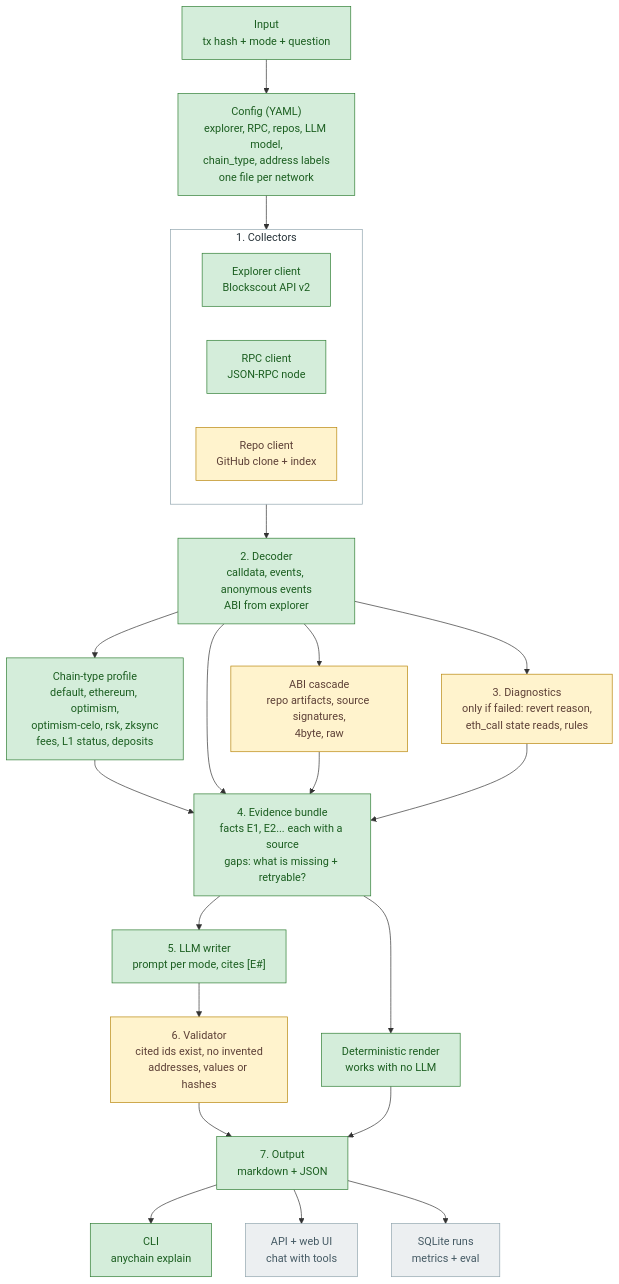
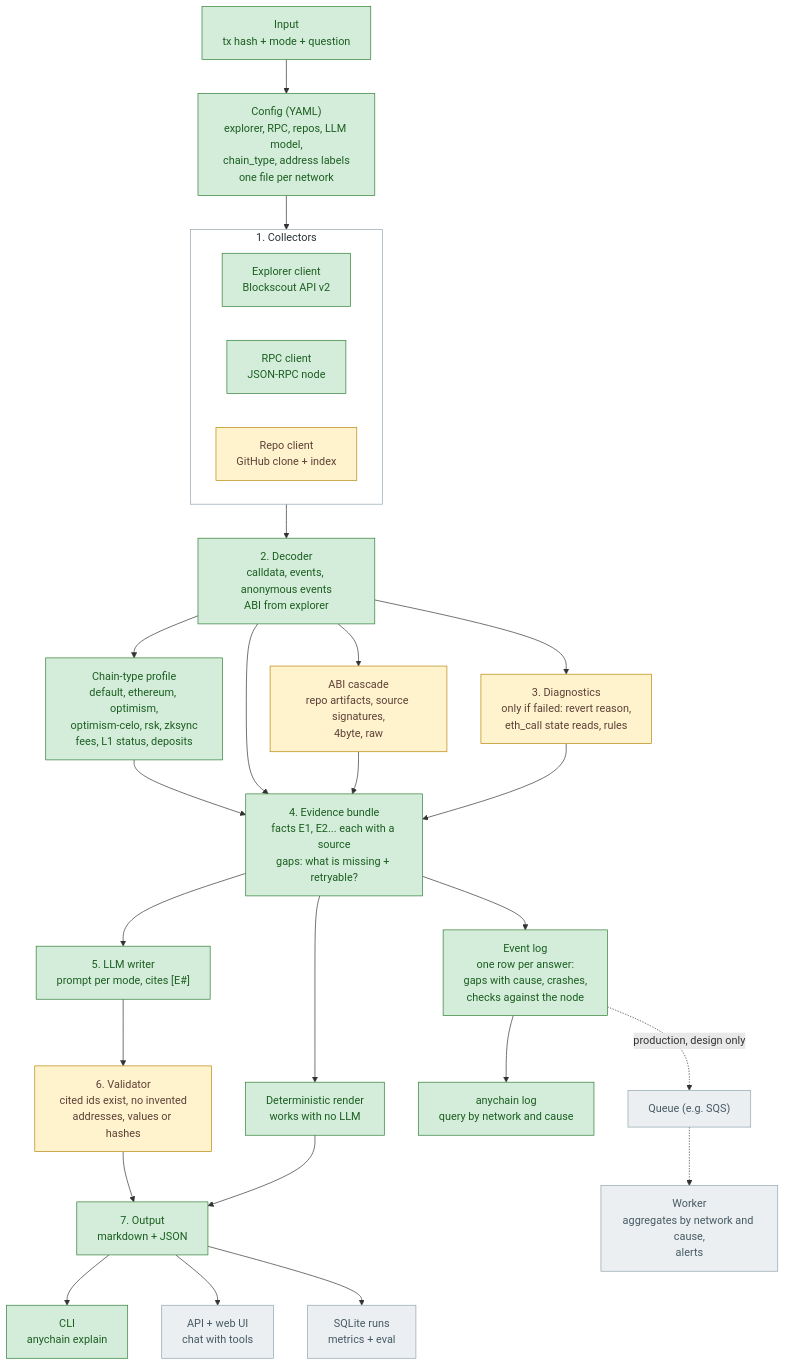
The first of 5 diagrams in docs/ARCHITECTURE.md (Ebaoj/anychain), drawn with Mermaid before and after one commit. The commit also changed other lines of this file and 42 other files, not shown here.

First line of the commit message:
Event log with a cause on every gap; zkSync L1 status confirmed by the node, never asserted from the explorer

````diff
--- a/docs/ARCHITECTURE.md
+++ b/docs/ARCHITECTURE.md
@@ -20,42 +20,46 @@
 ```mermaid
 flowchart TD
     IN["Input<br/>tx hash + mode + question"] --> CFG
 
     CFG["Config (YAML)<br/>explorer, RPC, repos, LLM model,<br/>chain_type, address labels<br/>one file per network"]
 
     CFG --> COL
     subgraph COL["1. Collectors"]
         EXP["Explorer client<br/>Blockscout API v2"]
         RPC["RPC client<br/>JSON-RPC node"]
         REPO["Repo client<br/>GitHub clone + index"]
     end
 
     COL --> DEC["2. Decoder<br/>calldata, events, anonymous events<br/>ABI from explorer"]
     DEC --> PRO["Chain-type profile<br/>default, ethereum, optimism,<br/>optimism-celo, rsk, zksync<br/>fees, L1 status, deposits"]
     PRO --> BUN
     DEC --> CAS["ABI cascade<br/>repo artifacts, source signatures,<br/>4byte, raw"]
     DEC --> DIAG["3. Diagnostics<br/>only if failed: revert reason,<br/>eth_call state reads, rules"]
     DEC --> BUN
     CAS --> BUN
     DIAG --> BUN
 
     BUN["4. Evidence bundle<br/>facts E1, E2... each with a source<br/>gaps: what is missing + retryable?"]
     BUN --> WRI["5. LLM writer<br/>prompt per mode, cites [E#]"]
     BUN --> REN["Deterministic render<br/>works with no LLM"]
     WRI --> VAL["6. Validator<br/>cited ids exist, no invented<br/>addresses, values or hashes"]
     VAL --> OUT
     REN --> OUT
 
     OUT["7. Output<br/>markdown + JSON"] --> CLI["CLI<br/>anychain explain"]
     OUT --> API["API + web UI<br/>chat with tools"]
     OUT --> DB["SQLite runs<br/>metrics + eval"]
+    BUN --> LOG["Event log<br/>one row per answer:<br/>gaps with cause, crashes,<br/>checks against the node"]
+    LOG --> QRY["anychain log<br/>query by network and cause"]
+    LOG -.production, design only.-> FILA["Queue (e.g. SQS)"]
+    FILA -.-> WRK["Worker<br/>aggregates by network and cause,<br/>alerts"]
 
     classDef done fill:#d4edda,stroke:#2e7d32,color:#1b5e20
     classDef next fill:#fff3cd,stroke:#b8860b,color:#5d4037
     classDef later fill:#eceff1,stroke:#90a4ae,color:#455a64
 
-    class IN,CFG,EXP,RPC,DEC,PRO,BUN,WRI,REN,OUT,CLI done
+    class IN,CFG,EXP,RPC,DEC,PRO,BUN,WRI,REN,OUT,CLI,LOG,QRY done
     class REPO,CAS,DIAG,VAL next
-    class API,DB later
+    class API,DB,FILA,WRK later
     style COL fill:#ffffff,stroke:#90a4ae,color:#263238
 ```
````
